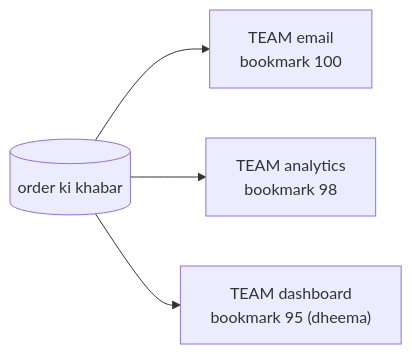
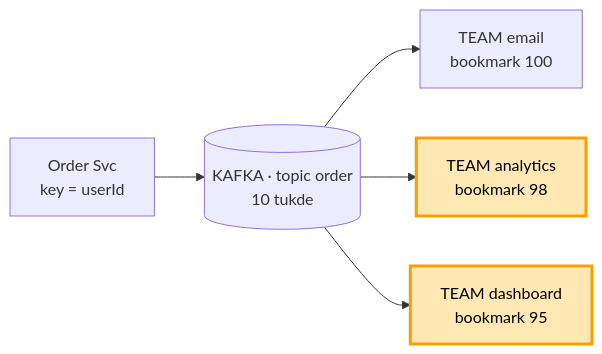
Before and after one commit to ArpanMaheshwari144/Prep: the tenth of 18 diagrams in 04_HLD/SYSTEM_DESIGNS/12_message_queue_kafka/kafka_seedha.md, drawn with Mermaid. The commit also changed other lines of this file, not shown here.

Commit message:
kafka seedha: ek behti kahani, label nahi, har kadam ka design pichhle ko badhata

````diff
--- a/04_HLD/SYSTEM_DESIGNS/12_message_queue_kafka/kafka_seedha.md
+++ b/04_HLD/SYSTEM_DESIGNS/12_message_queue_kafka/kafka_seedha.md
@@ -218,6 +241,9 @@
 ```mermaid
 flowchart LR
-    K[("order ki khabar")] --> E["TEAM email<br/>bookmark 100"]
+    O["Order Svc<br/>key = userId"] --> K[("KAFKA · topic order<br/>10 tukde")]
+    K --> E["TEAM email<br/>bookmark 100"]
     K --> A["TEAM analytics<br/>bookmark 98"]
-    K --> D["TEAM dashboard<br/>bookmark 95 (dheema)"]
+    K --> D["TEAM dashboard<br/>bookmark 95"]
+    style A fill:#ffe8b3,stroke:#f59f00,stroke-width:3px,color:#000
+    style D fill:#ffe8b3,stroke:#f59f00,stroke-width:3px,color:#000
 ```
````
